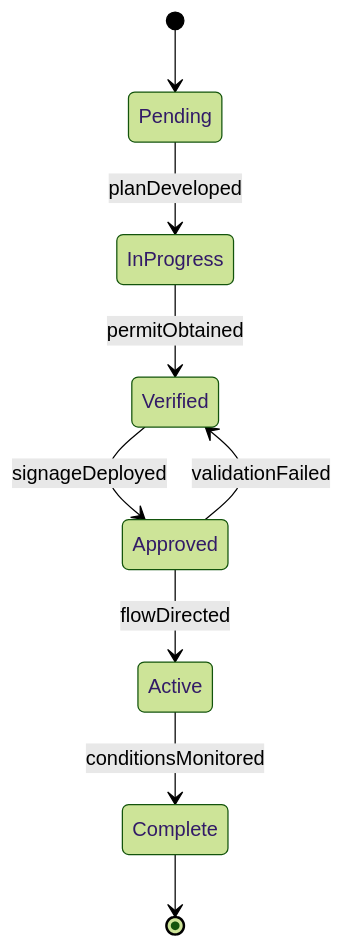
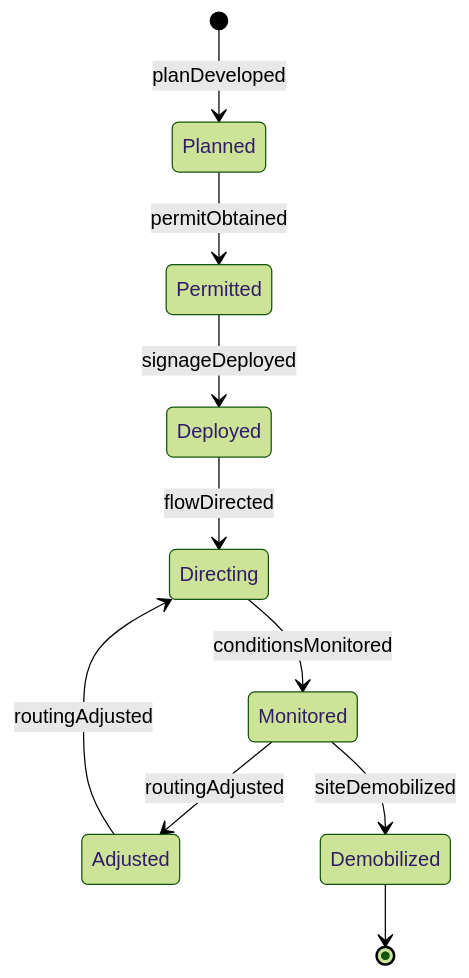
One commit to dot-org-ai/tasks.org.ai changed the second of 4 diagrams in HandlingAndMovingObjects/DirectVehicleTraffic/DirectVehicleTraffic.mdx. Above: the diagram before and after it, drawn with Mermaid (forest theme). The commit also changed other lines of this file and 515 other files, not shown here.

````diff
--- a/HandlingAndMovingObjects/DirectVehicleTraffic/DirectVehicleTraffic.mdx
+++ b/HandlingAndMovingObjects/DirectVehicleTraffic/DirectVehicleTraffic.mdx
@@ -101,11 +102,12 @@
 ```mermaid
 stateDiagram-v2
-    [*] --> Pending
-    Pending --> InProgress : planDeveloped
-    InProgress --> Verified : permitObtained
-    Verified --> Approved : signageDeployed
-    Approved --> Active : flowDirected
-    Active --> Complete : conditionsMonitored
-    Approved --> Verified : validationFailed
-    Complete --> [*]
+    [*] --> Planned : planDeveloped
+    Planned --> Permitted : permitObtained
+    Permitted --> Deployed : signageDeployed
+    Deployed --> Directing : flowDirected
+    Directing --> Monitored : conditionsMonitored
+    Monitored --> Adjusted : routingAdjusted
+    Adjusted --> Directing : routingAdjusted
+    Monitored --> Demobilized : siteDemobilized
+    Demobilized --> [*]
 ```
````
